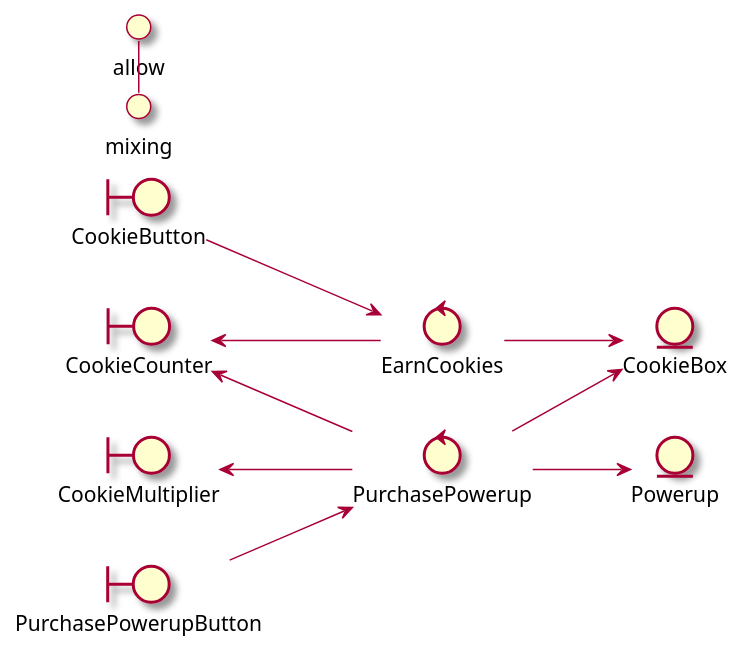
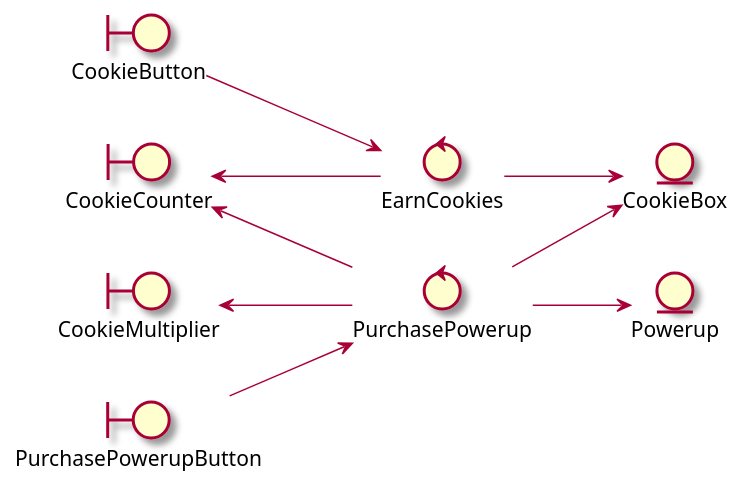
One commit to RicardoGuzmanVelasco/ArchitecturalCookieClicker changed the diagram in Assets/Docs~/Design.puml. Above: the diagram before and after it, drawn with PlantUML.

Commit message:
docs: fix diagram

```diff
--- a/Assets/Docs~/Design.puml
+++ b/Assets/Docs~/Design.puml
@@ -1,24 +1,24 @@
 @startuml
 skin rose
-allow-mixing
+
 left to right direction
 
 boundary CookieButton
 boundary CookieCounter
 boundary PurchasePowerupButton
 boundary CookieMultiplier
 control EarnCookies
 control PurchasePowerup
 entity CookieBox
 entity Powerup
 
 PurchasePowerupButton --> PurchasePowerup
 PurchasePowerup -u-> CookieCounter
 PurchasePowerup --> CookieBox
 PurchasePowerup -u-> CookieMultiplier
 PurchasePowerup --> Powerup
 CookieButton --> EarnCookies
 EarnCookies --> CookieBox
 EarnCookies -u-> CookieCounter
 
 @enduml
```
